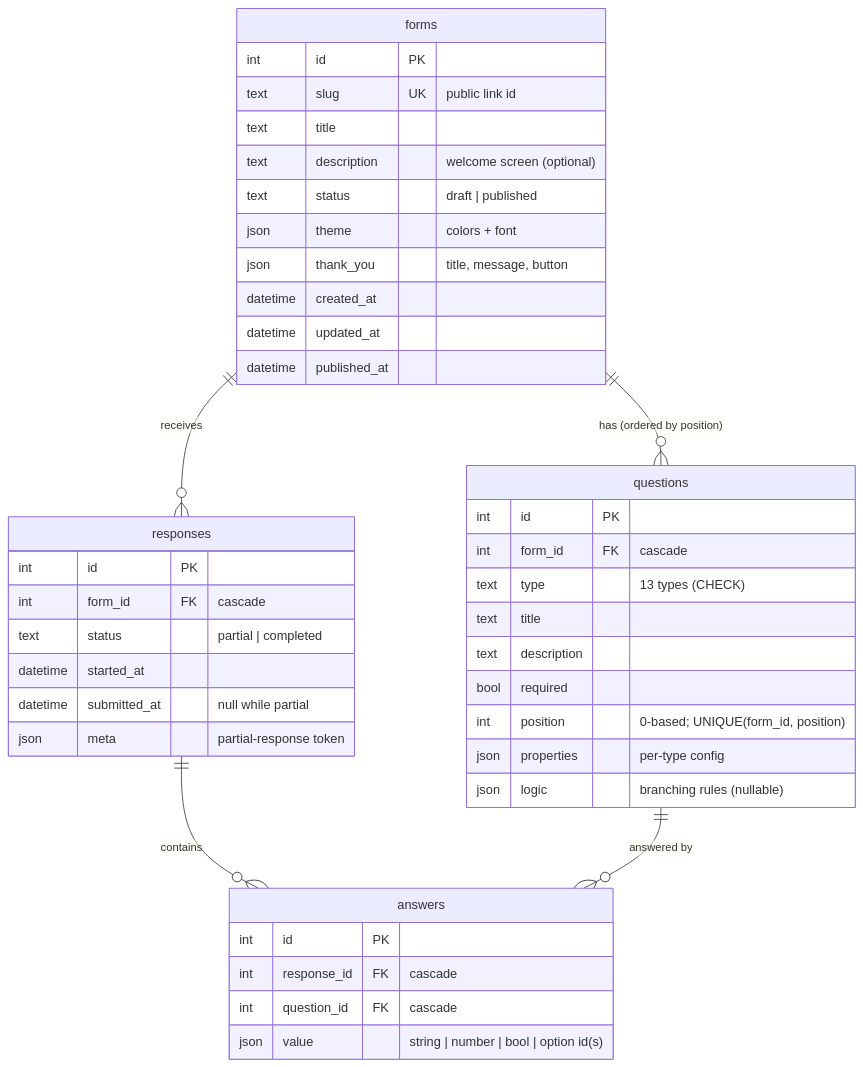
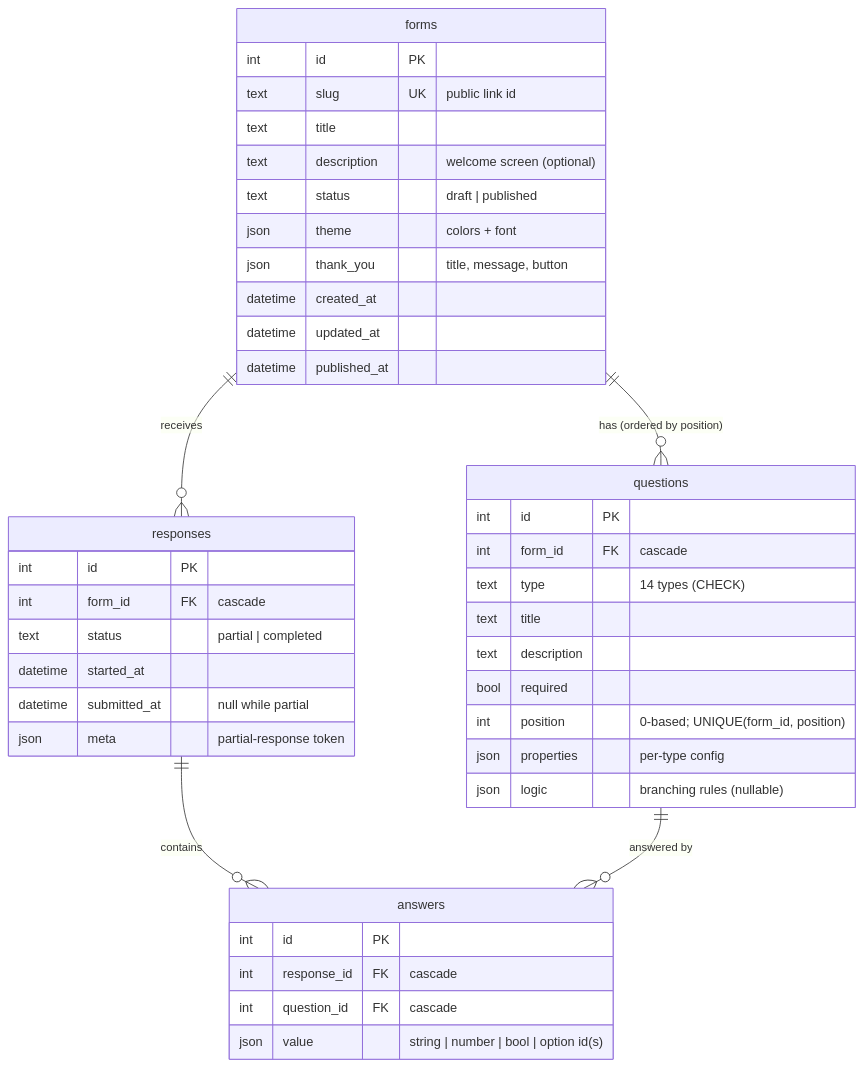
Before and after one commit to ManpreettSingh/typeform: the diagram in README.md, drawn with Mermaid. The commit also changed 43 other files, not shown here.

````diff
--- a/README.md
+++ b/README.md
@@ -166,45 +166,45 @@
 ```mermaid
 erDiagram
     forms ||--o{ questions : "has (ordered by position)"
     forms ||--o{ responses : receives
     responses ||--o{ answers : contains
     questions ||--o{ answers : "answered by"
 
     forms {
         int id PK
         text slug UK "public link id"
         text title
         text description "welcome screen (optional)"
         text status "draft | published"
         json theme "colors + font"
         json thank_you "title, message, button"
         datetime created_at
         datetime updated_at
         datetime published_at
     }
     questions {
         int id PK
         int form_id FK "cascade"
-        text type "13 types (CHECK)"
+        text type "14 types (CHECK)"
         text title
         text description
         bool required
         int position "0-based; UNIQUE(form_id, position)"
         json properties "per-type config"
         json logic "branching rules (nullable)"
     }
     responses {
         int id PK
         int form_id FK "cascade"
         text status "partial | completed"
         datetime started_at
         datetime submitted_at "null while partial"
         json meta "partial-response token"
     }
     answers {
         int id PK
         int response_id FK "cascade"
         int question_id FK "cascade"
         json value "string | number | bool | option id(s)"
     }
 ```
````
